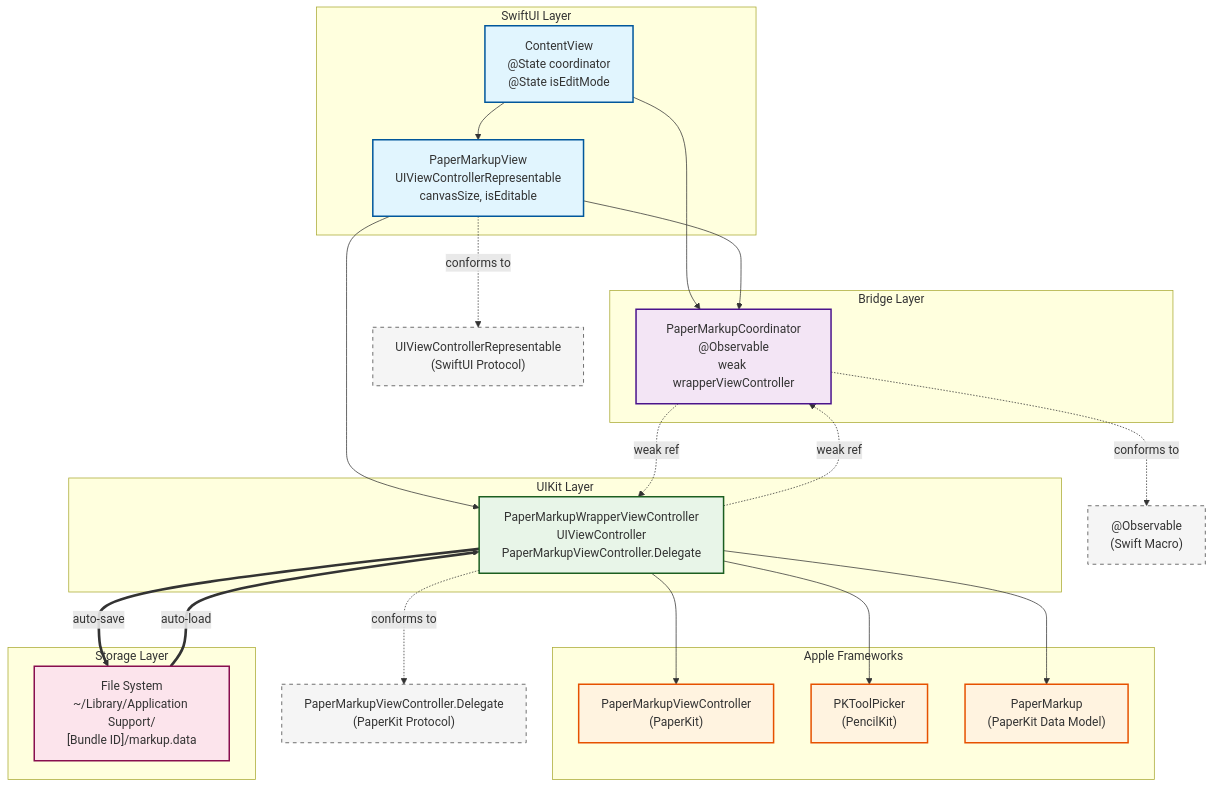
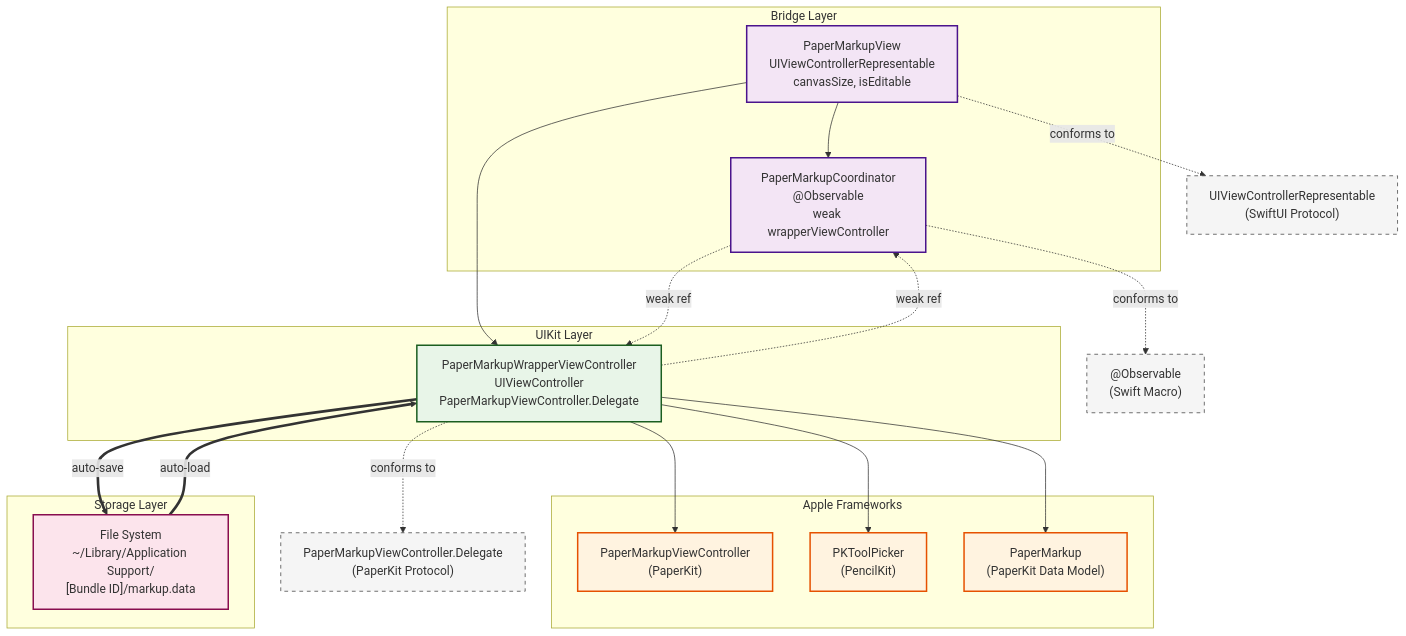
The diagram in _posts/2025-07-28-using-paperkit-papermarkerview-in-swiftui.md (ObjectivePixel/objectivepixel.github.io), drawn with Mermaid before and after one commit.

Commit message:
Update gist

````diff
--- a/_posts/2025-07-28-using-paperkit-papermarkerview-in-swiftui.md
+++ b/_posts/2025-07-28-using-paperkit-papermarkerview-in-swiftui.md
@@ -26,67 +26,59 @@
 ```mermaid
 graph TB
-    %% SwiftUI Layer
-    subgraph "SwiftUI Layer"
-        ContentView["ContentView<br/>@State coordinator<br/>@State isEditMode"]
-        PaperMarkupView["PaperMarkupView<br/>UIViewControllerRepresentable<br/>canvasSize, isEditable"]
-    end
-    
     %% Bridge Layer  
     subgraph "Bridge Layer"
+        PaperMarkupView["PaperMarkupView<br/>UIViewControllerRepresentable<br/>canvasSize, isEditable"]
         Coordinator["PaperMarkupCoordinator<br/>@Observable<br/>weak wrapperViewController"]
     end
     
     %% UIKit Layer
     subgraph "UIKit Layer"
         WrapperVC["PaperMarkupWrapperViewController<br/>UIViewController<br/>PaperMarkupViewController.Delegate"]
     end
     
     %% Framework Layer
     subgraph "Apple Frameworks"
         PaperVC["PaperMarkupViewController<br/>(PaperKit)"]
         ToolPicker["PKToolPicker<br/>(PencilKit)"]
         MarkupModel["PaperMarkup<br/>(PaperKit Data Model)"]
     end
     
     %% Storage Layer
     subgraph "Storage Layer"
         FileSystem["File System<br/>~/Library/Application Support/<br/>[Bundle ID]/markup.data"]
     end
     
     %% Ownership Relationships (Solid Lines)
-    ContentView --> PaperMarkupView
-    ContentView --> Coordinator
     PaperMarkupView --> Coordinator
     PaperMarkupView --> WrapperVC
     WrapperVC --> PaperVC
     WrapperVC --> ToolPicker  
     WrapperVC --> MarkupModel
     
     %% Weak References (Dashed Lines)
     Coordinator -.->|weak ref| WrapperVC
     WrapperVC -.->|weak ref| Coordinator
     
     %% Protocol Conformances (Dotted Lines)
     PaperMarkupView -.->|conforms to| UIViewControllerRepresentable["UIViewControllerRepresentable<br/>(SwiftUI Protocol)"]
     WrapperVC -.->|conforms to| Delegate["PaperMarkupViewController.Delegate<br/>(PaperKit Protocol)"]
     Coordinator -.->|conforms to| Observable["@Observable<br/>(Swift Macro)"]
     
     %% Data Flow (Bold Lines)
     WrapperVC ==>|auto-save| FileSystem
     FileSystem ==>|auto-load| WrapperVC
     
     %% Styling
     classDef swiftui fill:#e1f5fe,stroke:#01579b,stroke-width:2px
     classDef bridge fill:#f3e5f5,stroke:#4a148c,stroke-width:2px  
     classDef uikit fill:#e8f5e8,stroke:#1b5e20,stroke-width:2px
     classDef framework fill:#fff3e0,stroke:#e65100,stroke-width:2px
     classDef storage fill:#fce4ec,stroke:#880e4f,stroke-width:2px
     classDef protocol fill:#f5f5f5,stroke:#424242,stroke-width:1px,stroke-dasharray: 5 5
     
-    class ContentView,PaperMarkupView swiftui
-    class Coordinator bridge
+    class PaperMarkupView,Coordinator bridge
     class WrapperVC uikit
     class PaperVC,ToolPicker,MarkupModel framework
     class FileSystem storage
     class UIViewControllerRepresentable,Delegate,Observable protocol
 ```
````
